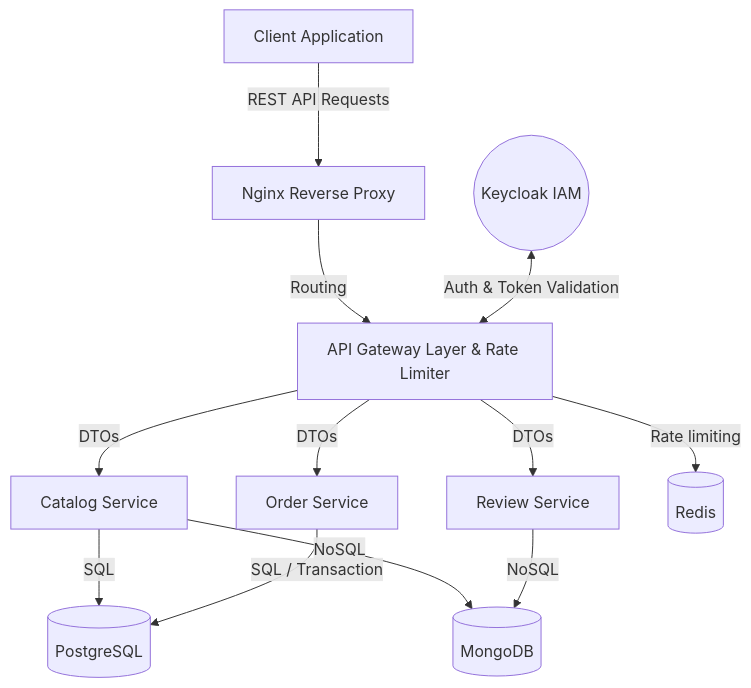
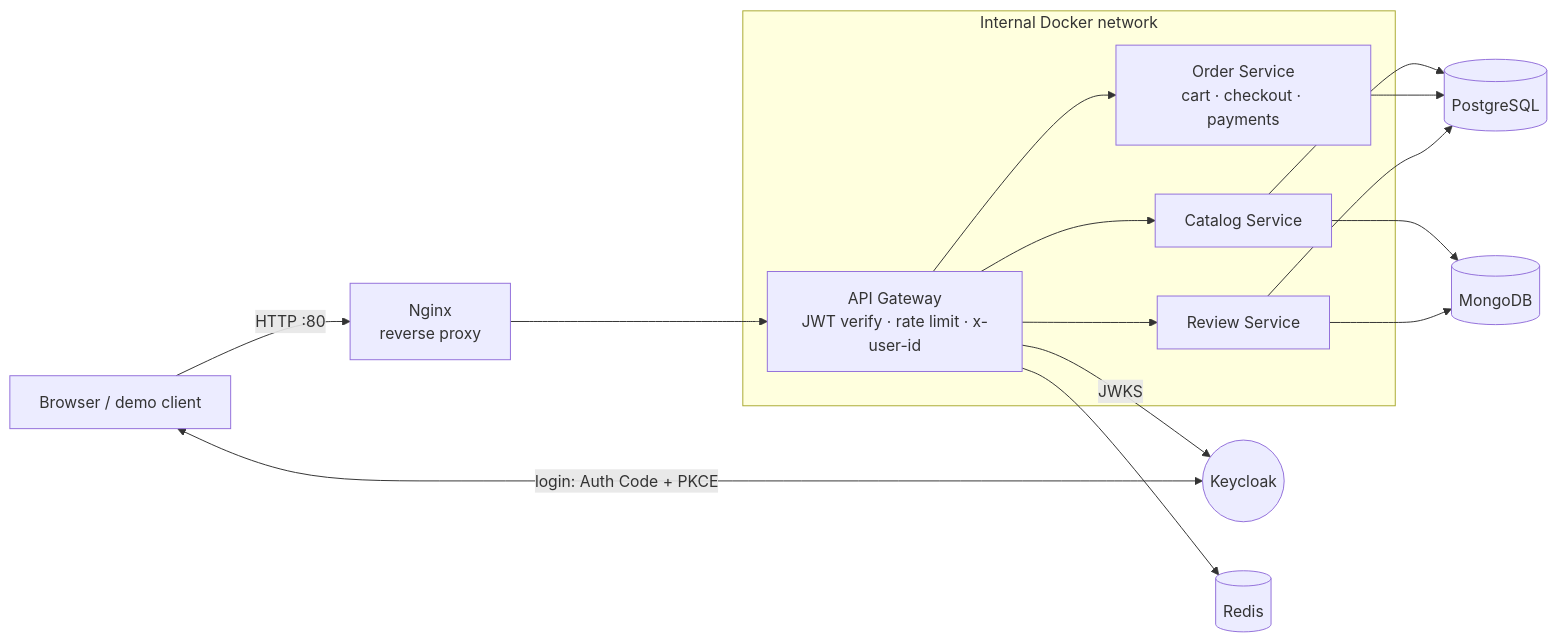
One commit to jakub-jurkian/grailkits changed the diagram in README.md. Above: the diagram before and after it, drawn with Mermaid. The commit also changed other lines of this file, not shown here.

````diff
--- a/README.md
+++ b/README.md
@@ -27,15 +45,22 @@
 ```mermaid
-graph TD
-    Client[Client Application] -->|REST API Requests| Nginx[Nginx Reverse Proxy]
-    Nginx -->|Routing| Gateway[API Gateway Layer & Rate Limiter]
-    Keycloak((Keycloak IAM)) <-->|Auth & Token Validation| Gateway
-    Gateway -->|DTOs| Catalog[Catalog Service]
-    Gateway -->|DTOs| Order[Order Service]
-    Gateway -->|DTOs| Review[Review Service]
-    
-    Catalog -->|SQL| Postgres[(PostgreSQL)]
-    Catalog -->|NoSQL| Mongo[(MongoDB)]
-    Order -->|SQL / Transaction| Postgres
-    Review -->|NoSQL| Mongo
-    Gateway -->|Rate limiting| Redis[(Redis)]
+flowchart LR
+    Client["Browser / demo client"] -->|HTTP :80| Nginx["Nginx<br/>reverse proxy"]
+    Client <-->|login: Auth Code + PKCE| Keycloak(("Keycloak"))
+    Nginx --> Gateway
+    subgraph Internal["Internal Docker network"]
+        Gateway["API Gateway<br/>JWT verify · rate limit · x-user-id"]
+        Catalog["Catalog Service"]
+        Order["Order Service<br/>cart · checkout · payments"]
+        Review["Review Service"]
+        Gateway --> Catalog
+        Gateway --> Order
+        Gateway --> Review
+    end
+    Gateway -->|JWKS| Keycloak
+    Gateway --> Redis[("Redis")]
+    Catalog --> PG[("PostgreSQL")]
+    Order --> PG
+    Review --> PG
+    Catalog --> Mongo[("MongoDB")]
+    Review --> Mongo
 ```
````
